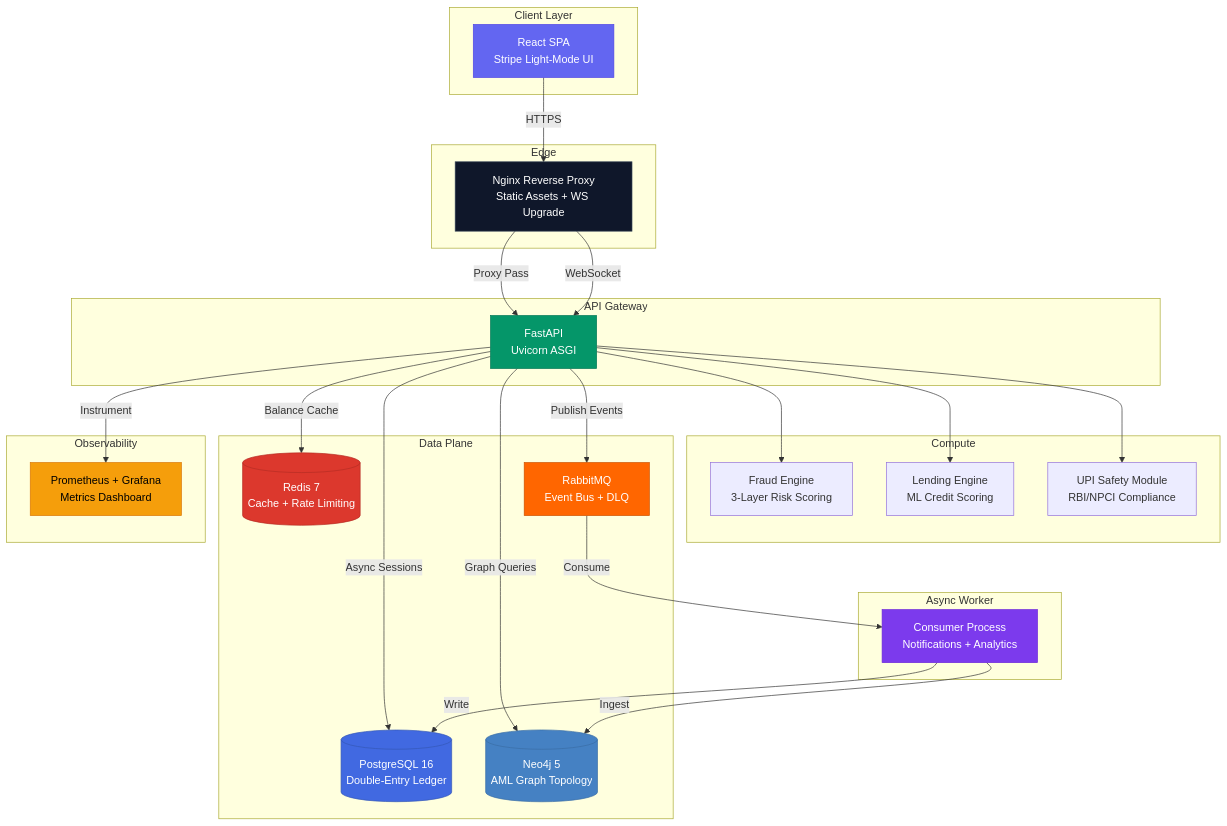
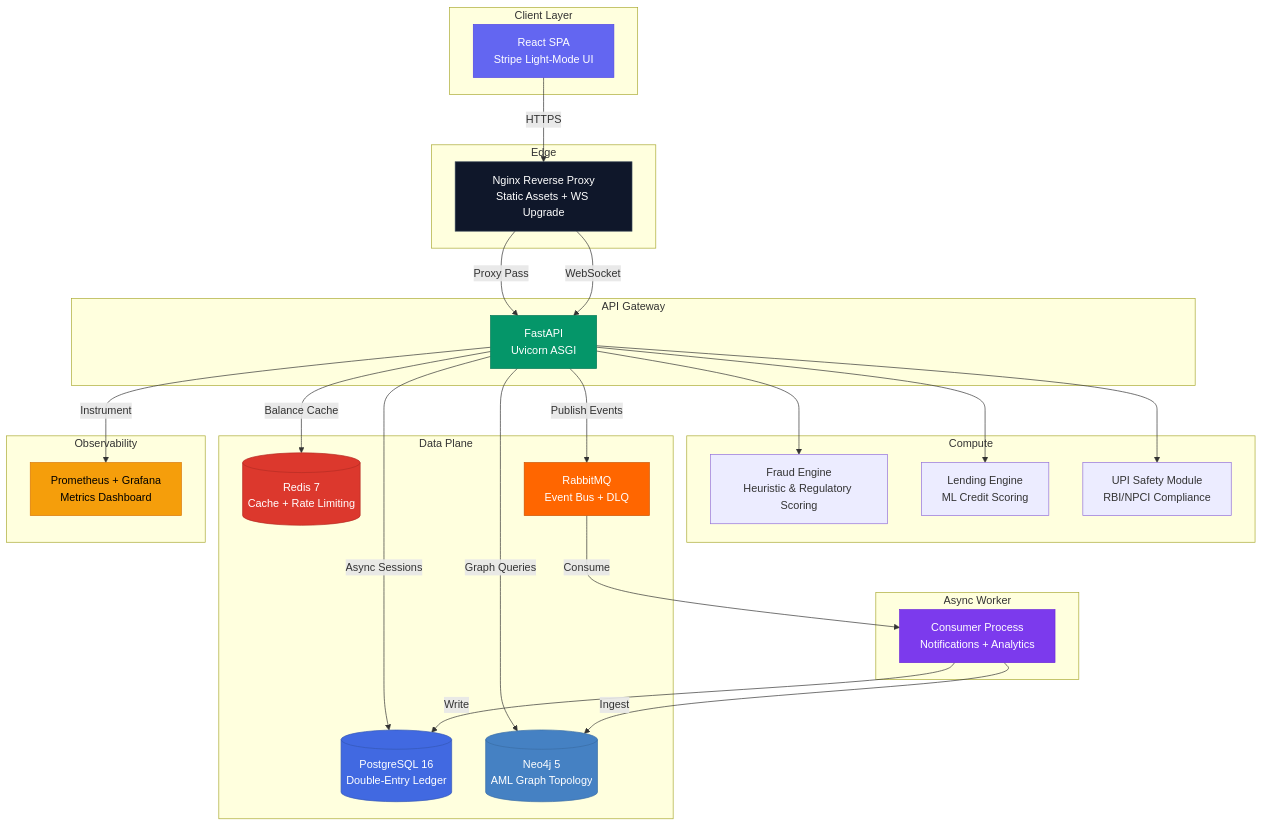
Before and after one commit to sahil8017/SentinelClear: the diagram in README.md, drawn with Mermaid. The commit also changed other lines of this file and 18 other files, not shown here.

````diff
--- a/README.md
+++ b/README.md
@@ -29,60 +29,60 @@
 ```mermaid
 graph TB
     subgraph Client Layer
         A[React SPA<br/>Stripe Light-Mode UI]
     end
 
     subgraph Edge
         B[Nginx Reverse Proxy<br/>Static Assets + WS Upgrade]
     end
 
     subgraph API Gateway
         C[FastAPI<br/>Uvicorn ASGI]
     end
 
     subgraph Compute
-        D[Fraud Engine<br/>3-Layer Risk Scoring]
+        D[Fraud Engine<br/>Heuristic & Regulatory Scoring]
         E[Lending Engine<br/>ML Credit Scoring]
         F[UPI Safety Module<br/>RBI/NPCI Compliance]
     end
 
     subgraph Data Plane
         G[(PostgreSQL 16<br/>Double-Entry Ledger)]
         H[(Redis 7<br/>Cache + Rate Limiting)]
         I[(Neo4j 5<br/>AML Graph Topology)]
         J[RabbitMQ<br/>Event Bus + DLQ]
     end
 
     subgraph Async Worker
         K[Consumer Process<br/>Notifications + Analytics]
     end
 
     subgraph Observability
         L[Prometheus + Grafana<br/>Metrics Dashboard]
     end
 
     A -->|HTTPS| B
     B -->|Proxy Pass| C
     B -->|WebSocket| C
     C --> D
     C --> E
     C --> F
     C -->|Async Sessions| G
     C -->|Balance Cache| H
     C -->|Graph Queries| I
     C -->|Publish Events| J
     J -->|Consume| K
     K -->|Write| G
     K -->|Ingest| I
     C -->|Instrument| L
 
     style A fill:#6366f1,stroke:#4f46e5,color:#fff
     style B fill:#0f172a,stroke:#334155,color:#fff
     style C fill:#059669,stroke:#047857,color:#fff
     style G fill:#4169E1,stroke:#3457b5,color:#fff
     style H fill:#DC382D,stroke:#b52d24,color:#fff
     style I fill:#4581C3,stroke:#3a6ea5,color:#fff
     style J fill:#FF6600,stroke:#cc5200,color:#fff
     style K fill:#7c3aed,stroke:#6d28d9,color:#fff
     style L fill:#f59e0b,stroke:#d97706,color:#000
 ```
````
